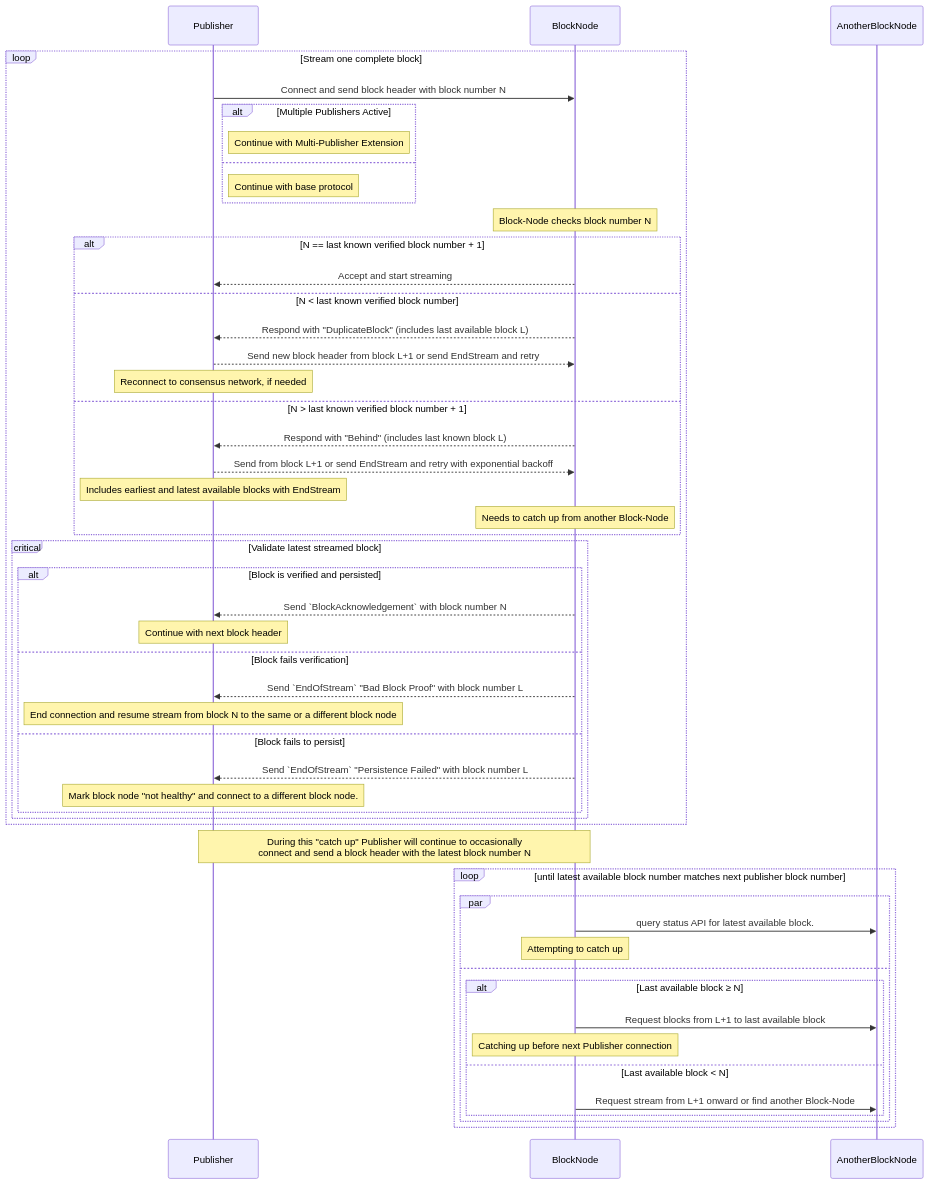
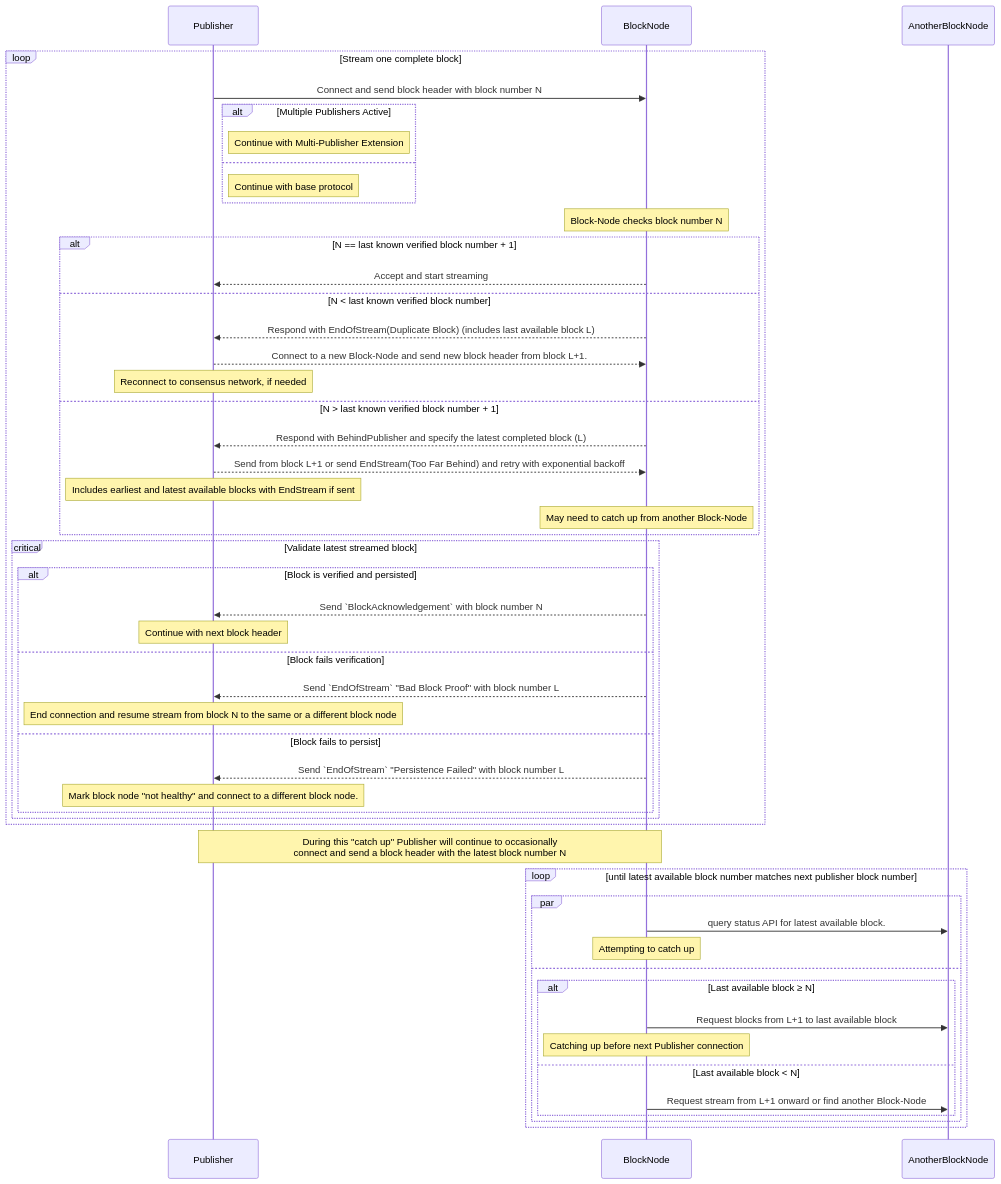
One commit to hiero-ledger/hiero-block-node changed the first of 4 diagrams in docs/design/communication-protocol/publish-block-stream.md. Above: the diagram before and after it, drawn with Mermaid. The commit also changed other lines of this file and 12 other files, not shown here.

````diff
--- a/docs/design/communication-protocol/publish-block-stream.md
+++ b/docs/design/communication-protocol/publish-block-stream.md
@@ -138,55 +138,55 @@
 ```mermaid
 sequenceDiagram
   participant Publisher
   participant BlockNode
   participant AnotherBlockNode
 
   loop Stream one complete block
     Publisher->>BlockNode: Connect and send block header with block number N
     alt Multiple Publishers Active
       Note right of Publisher: Continue with Multi-Publisher Extension
     else
       Note right of Publisher: Continue with base protocol
     end
     Note over BlockNode: Block-Node checks block number N
     alt N == last known verified block number + 1
       BlockNode-->>Publisher: Accept and start streaming
     else N < last known verified block number
-      BlockNode-->>Publisher: Respond with "DuplicateBlock" (includes last available block L)
-      Publisher-->>BlockNode: Send new block header from block L+1 or send EndStream and retry
+      BlockNode-->>Publisher: Respond with EndOfStream(Duplicate Block) (includes last available block L)
+      Publisher-->>BlockNode: Connect to a new Block-Node and send new block header from block L+1.
       Note over Publisher: Reconnect to consensus network, if needed
     else N > last known verified block number + 1
-      BlockNode-->>Publisher: Respond with "Behind" (includes last known block L)
-      Publisher-->>BlockNode: Send from block L+1 or send EndStream and retry with exponential backoff
-      Note over Publisher: Includes earliest and latest available blocks with EndStream
-      Note over BlockNode: Needs to catch up from another Block-Node
+      BlockNode -->> Publisher: Respond with BehindPublisher and specify the latest completed block (L)
+      Publisher-->>BlockNode: Send from block L+1 or send EndStream(Too Far Behind) and retry with exponential backoff
+      Note over Publisher: Includes earliest and latest available blocks with EndStream if sent
+      Note over BlockNode: May need to catch up from another Block-Node
     end
     critical Validate latest streamed block
       alt Block is verified and persisted
         BlockNode-->>Publisher: Send `BlockAcknowledgement` with block number N
         Note over Publisher: Continue with next block header
       else Block fails verification
         BlockNode-->>Publisher: Send `EndOfStream` "Bad Block Proof" with block number L
         Note over Publisher: End connection and resume stream from block N to the same or a different block node
       else Block fails to persist
         BlockNode-->>Publisher: Send `EndOfStream` "Persistence Failed" with block number L
         Note over Publisher: Mark block node "not healthy" and connect to a different block node.
       end
     end
   end
 
   Note over Publisher,BlockNode: During this "catch up" Publisher will continue to occasionally<br/>connect and send a block header with the latest block number N
   loop until latest available block number matches next publisher block number
     par
       BlockNode->>AnotherBlockNode: query status API for latest available block.
       Note over BlockNode: Attempting to catch up
     and
       alt Last available block ≥ N
         BlockNode->>AnotherBlockNode: Request blocks from L+1 to last available block
         Note over BlockNode: Catching up before next Publisher connection
       else Last available block < N
         BlockNode->>AnotherBlockNode: Request stream from L+1 onward or find another Block-Node
       end
     end
   end
 ```
````
